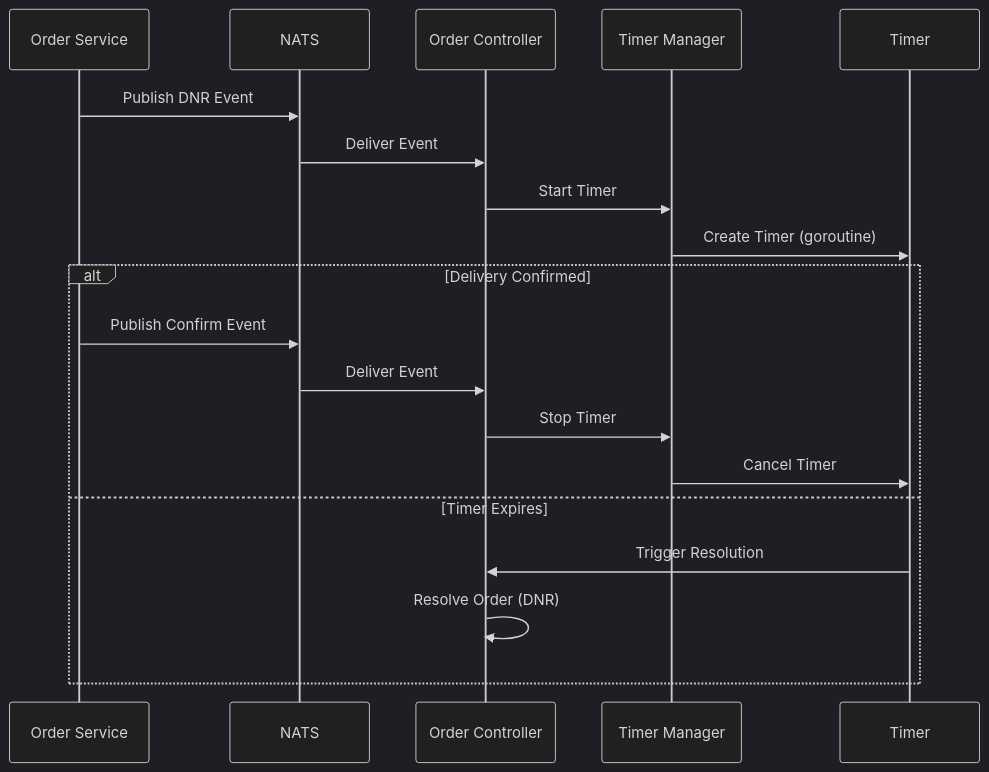
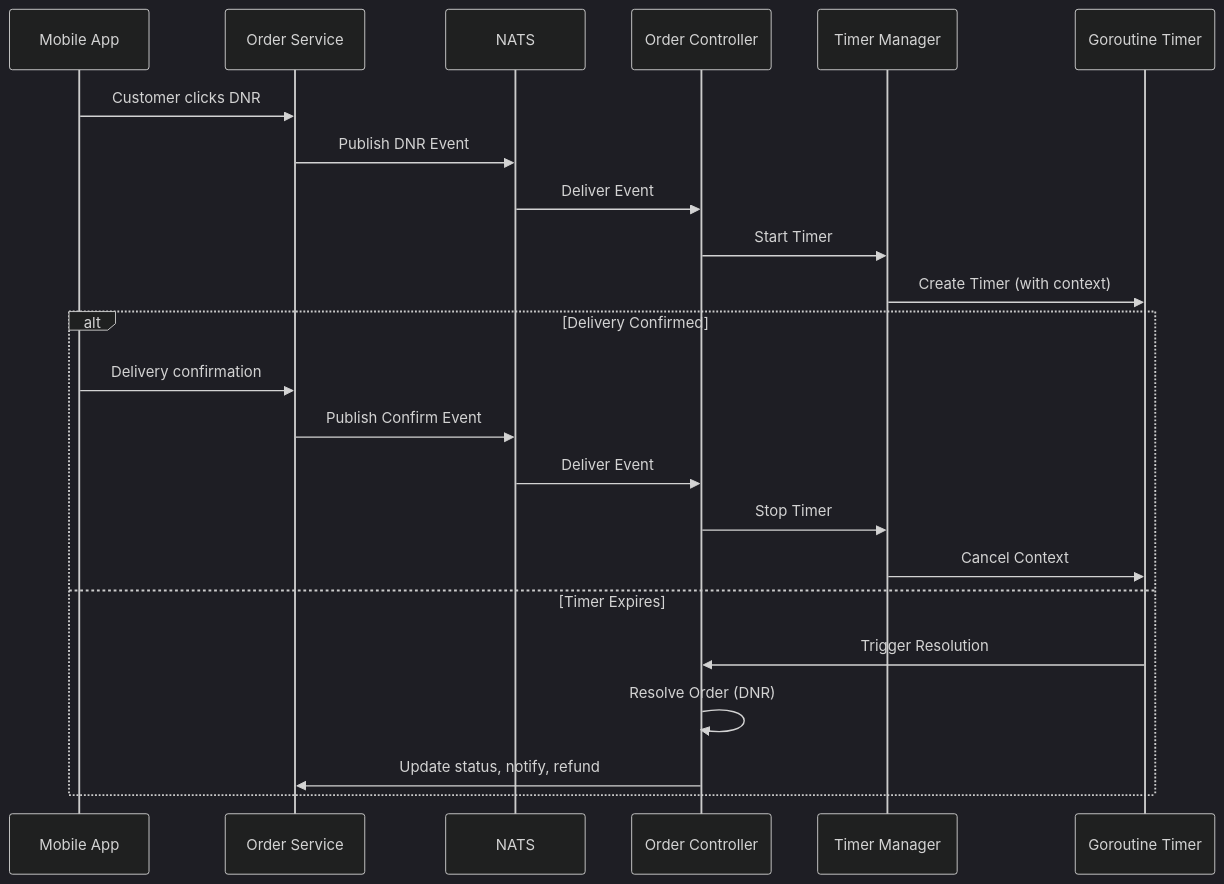
Before and after one commit to QinisoCele/event-driven-dnr-system: the second of 5 diagrams in README.md, drawn with Mermaid (dark theme). The commit also changed other lines of this file, not shown here.

````diff
--- a/README.md
+++ b/README.md
@@ -68,23 +68,27 @@
 ```mermaid
 sequenceDiagram
+    participant App as Mobile App
     participant OS as Order Service
     participant N as NATS
     participant OC as Order Controller
     participant TM as Timer Manager
-    participant T as Timer
+    participant T as Goroutine Timer
 
+    App->>OS: Customer clicks DNR
     OS->>N: Publish DNR Event
     N->>OC: Deliver Event
     OC->>TM: Start Timer
-    TM->>T: Create Timer (goroutine)
+    TM->>T: Create Timer (with context)
 
     alt Delivery Confirmed
+        App->>OS: Delivery confirmation
         OS->>N: Publish Confirm Event
         N->>OC: Deliver Event
         OC->>TM: Stop Timer
-        TM->>T: Cancel Timer
+        TM->>T: Cancel Context
     else Timer Expires
         T->>OC: Trigger Resolution
         OC->>OC: Resolve Order (DNR)
+        OC->>OS: Update status, notify, refund
     end
 ```
````
